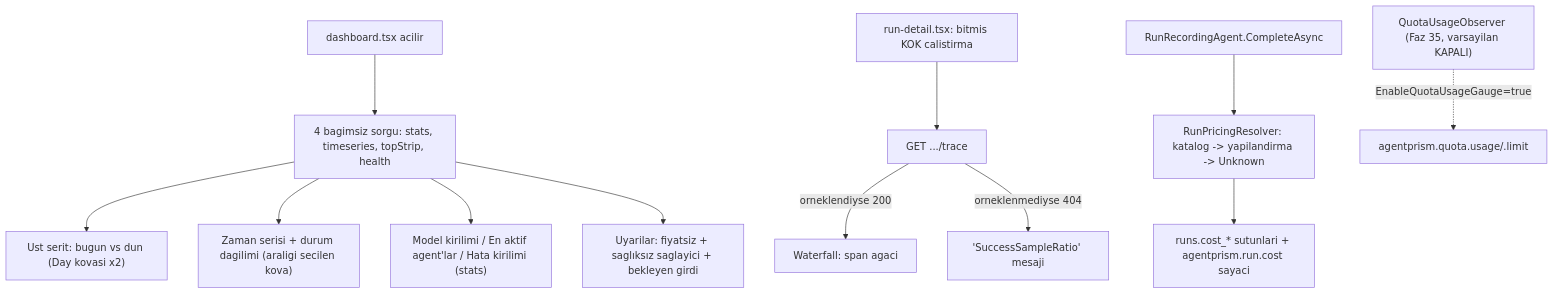
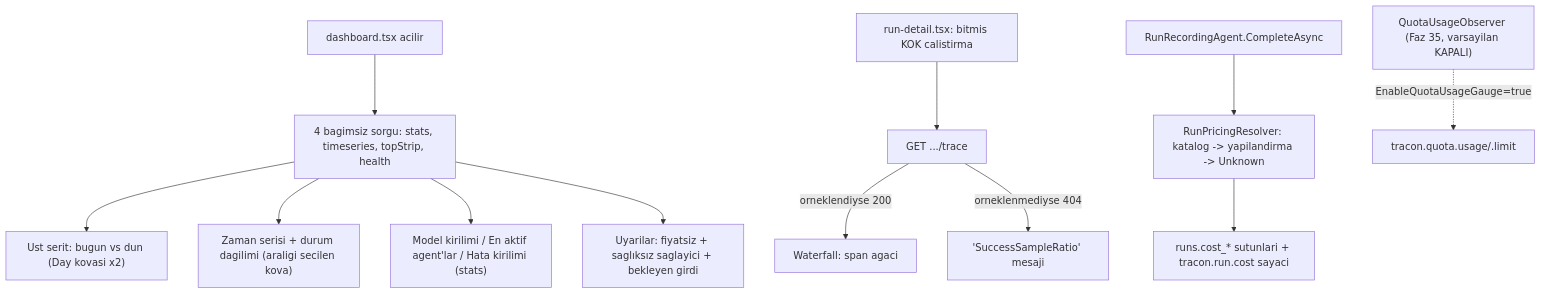
One commit to farukatasoy/Tracon changed the diagram in docs/manuel-test/12-GOZLEMLENEBILIRLIK-MALIYET.md. Above: the diagram before and after it, drawn with Mermaid. The commit also changed other lines of this file and 4535 other files, not shown here.

````diff
--- a/docs/manuel-test/12-GOZLEMLENEBILIRLIK-MALIYET.md
+++ b/docs/manuel-test/12-GOZLEMLENEBILIRLIK-MALIYET.md
@@ -49,14 +49,14 @@
 ```mermaid
 flowchart TD
     A["dashboard.tsx acilir"] --> B["4 bagimsiz sorgu: stats, timeseries, topStrip, health"]
     B --> C["Ust serit: bugun vs dun (Day kovasi x2)"]
     B --> D["Zaman serisi + durum dagilimi (araligi secilen kova)"]
     B --> E["Model kirilimi / En aktif agent'lar / Hata kirilimi (stats)"]
     B --> F["Uyarilar: fiyatsiz + saglıksız saglayici + bekleyen girdi"]
     G["run-detail.tsx: bitmis KOK calistirma"] --> H["GET .../trace"]
     H -->|"orneklendiyse 200"| I["Waterfall: span agaci"]
     H -->|"orneklenmediyse 404"| J["'SuccessSampleRatio' mesaji"]
     K["RunRecordingAgent.CompleteAsync"] --> L["RunPricingResolver: katalog -> yapilandirma -> Unknown"]
-    L --> M["runs.cost_* sutunlari + agentprism.run.cost sayaci"]
-    N["QuotaUsageObserver (Faz 35, varsayilan KAPALI)"] -.->|"EnableQuotaUsageGauge=true"| O["agentprism.quota.usage/.limit"]
+    L --> M["runs.cost_* sutunlari + tracon.run.cost sayaci"]
+    N["QuotaUsageObserver (Faz 35, varsayilan KAPALI)"] -.->|"EnableQuotaUsageGauge=true"| O["tracon.quota.usage/.limit"]
 ```
````
